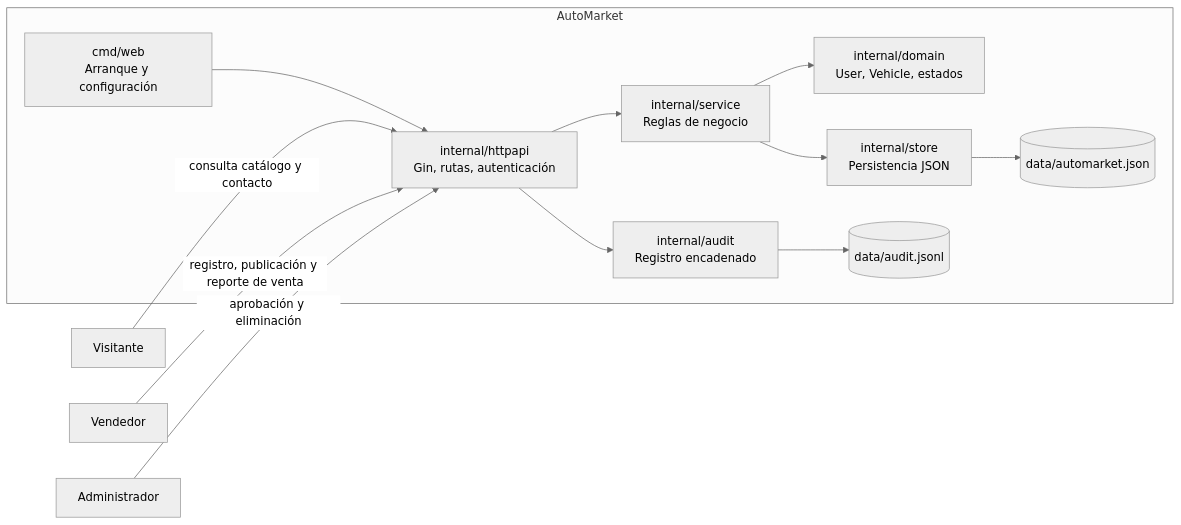
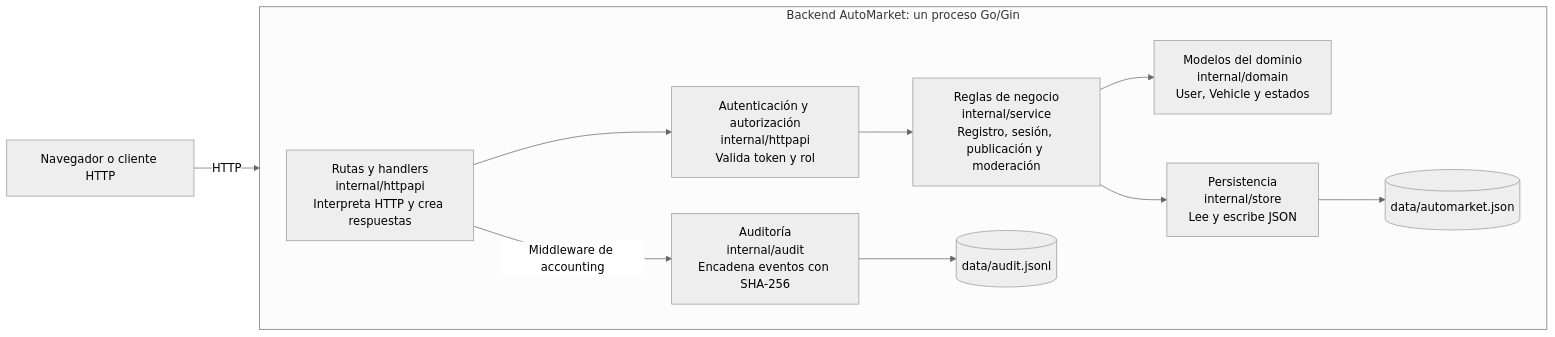
Before and after one commit to juan2007moran00-source/Car-Shop: the third of 6 diagrams in docs/DIAGRAMAS.md, drawn with Mermaid (neutral theme). The commit also changed other lines of this file, not shown here.

Commit message:
Completa diagramas C4 y comportamiento

````diff
--- a/docs/DIAGRAMAS.md
+++ b/docs/DIAGRAMAS.md
@@ -7,29 +62,26 @@
 ```mermaid
 flowchart LR
-    visitante[Visitante]
-    vendedor[Vendedor]
-    administrador[Administrador]
+    client["Navegador o cliente HTTP"]
 
-    subgraph app[AutoMarket]
-        main[cmd/web\nArranque y configuración]
-        router[internal/httpapi\nGin, rutas, autenticación]
-        service[internal/service\nReglas de negocio]
-        domain[internal/domain\nUser, Vehicle, estados]
-        store[internal/store\nPersistencia JSON]
-        audit[internal/audit\nRegistro encadenado]
-        archivos[(data/automarket.json)]
-        bitacora[(data/audit.jsonl)]
+    subgraph backend["Backend AutoMarket: un proceso Go/Gin"]
+        direction LR
+        routes["Rutas y handlers\ninternal/httpapi\nInterpreta HTTP y crea respuestas"]
+        auth["Autenticación y autorización\ninternal/httpapi\nValida token y rol"]
+        service["Reglas de negocio\ninternal/service\nRegistro, sesión, publicación y moderación"]
+        domain["Modelos del dominio\ninternal/domain\nUser, Vehicle y estados"]
+        store["Persistencia\ninternal/store\nLee y escribe JSON"]
+        logger["Auditoría\ninternal/audit\nEncadena eventos con SHA-256"]
+        files[("data/automarket.json")]
+        logs[("data/audit.jsonl")]
 
-        main --> router
-        router --> service
+        routes --> auth
+        auth --> service
         service --> domain
         service --> store
-        store --> archivos
-        router --> audit
-        audit --> bitacora
+        store --> files
+        routes -->|Middleware de accounting| logger
+        logger --> logs
     end
 
-    visitante -->|consulta catálogo y contacto| router
-    vendedor -->|registro, publicación y reporte de venta| router
-    administrador -->|aprobación y eliminación| router
+    client -->|HTTP| routes
 ```
````
